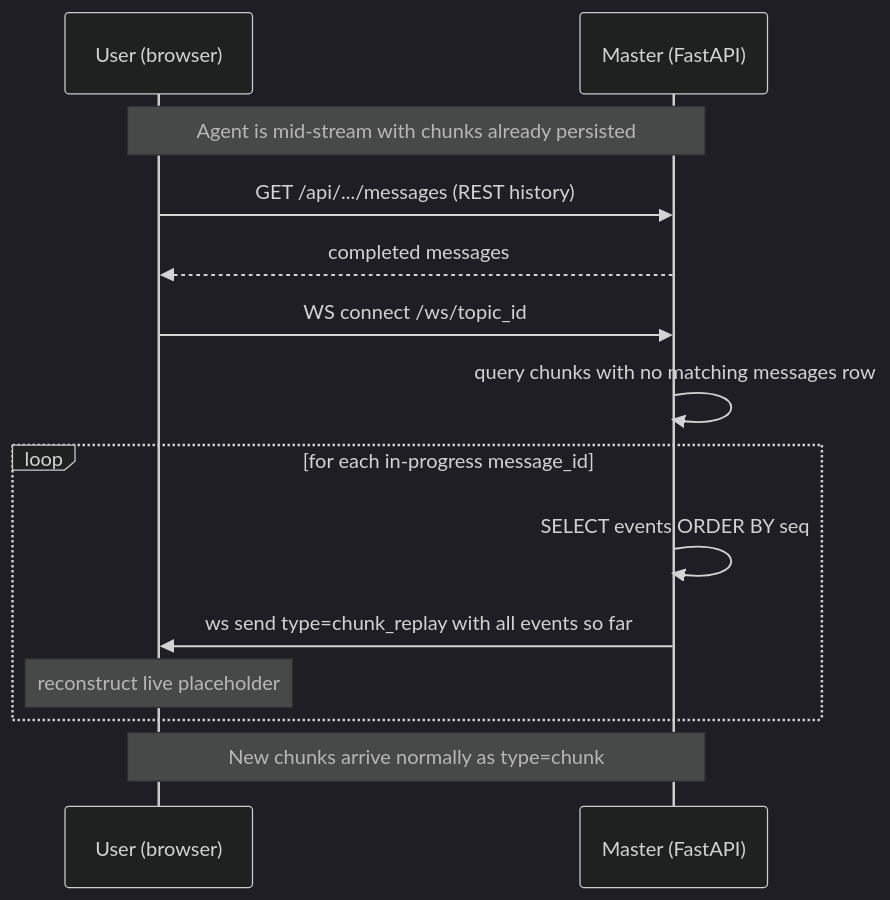
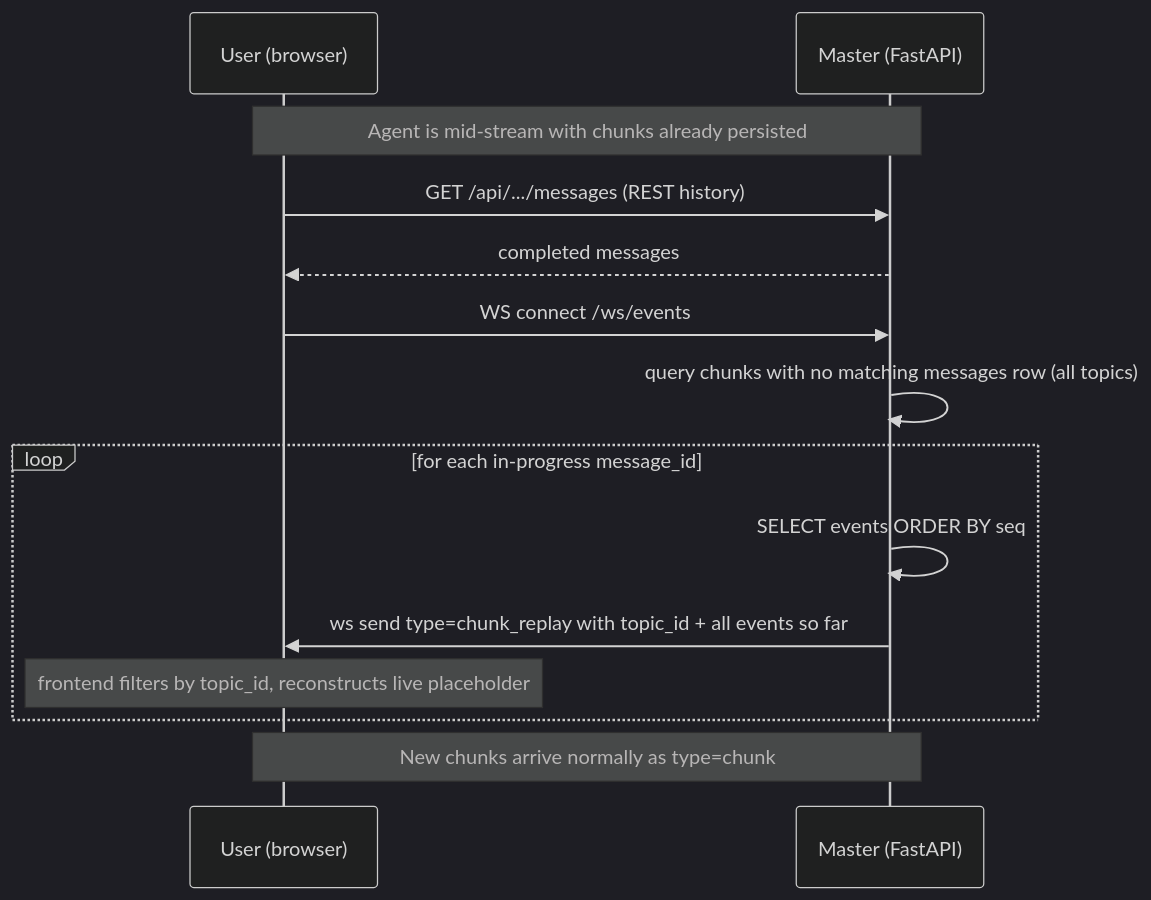
One commit to pandazxx/codex-slack changed the second of 2 diagrams in docs/design/streaming-agent-reply.md. Above: the diagram before and after it, drawn with Mermaid (dark theme). The commit also changed other lines of this file and 6 other files, not shown here.

````diff
--- a/docs/design/streaming-agent-reply.md
+++ b/docs/design/streaming-agent-reply.md
@@ -82,17 +82,17 @@
 ```mermaid
 sequenceDiagram
     participant U as User (browser)
     participant M as Master (FastAPI)
     Note over U,M: Agent is mid-stream with chunks already persisted
 
     U->>M: GET /api/.../messages (REST history)
     M-->>U: completed messages
-    U->>M: WS connect /ws/topic_id
-    M->>M: query chunks with no matching messages row
+    U->>M: WS connect /ws/events
+    M->>M: query chunks with no matching messages row (all topics)
     loop for each in-progress message_id
         M->>M: SELECT events ORDER BY seq
-        M->>U: ws send type=chunk_replay with all events so far
-        Note over U: reconstruct live placeholder
+        M->>U: ws send type=chunk_replay with topic_id + all events so far
+        Note over U: frontend filters by topic_id, reconstructs live placeholder
     end
     Note over U,M: New chunks arrive normally as type=chunk
 ```
````
